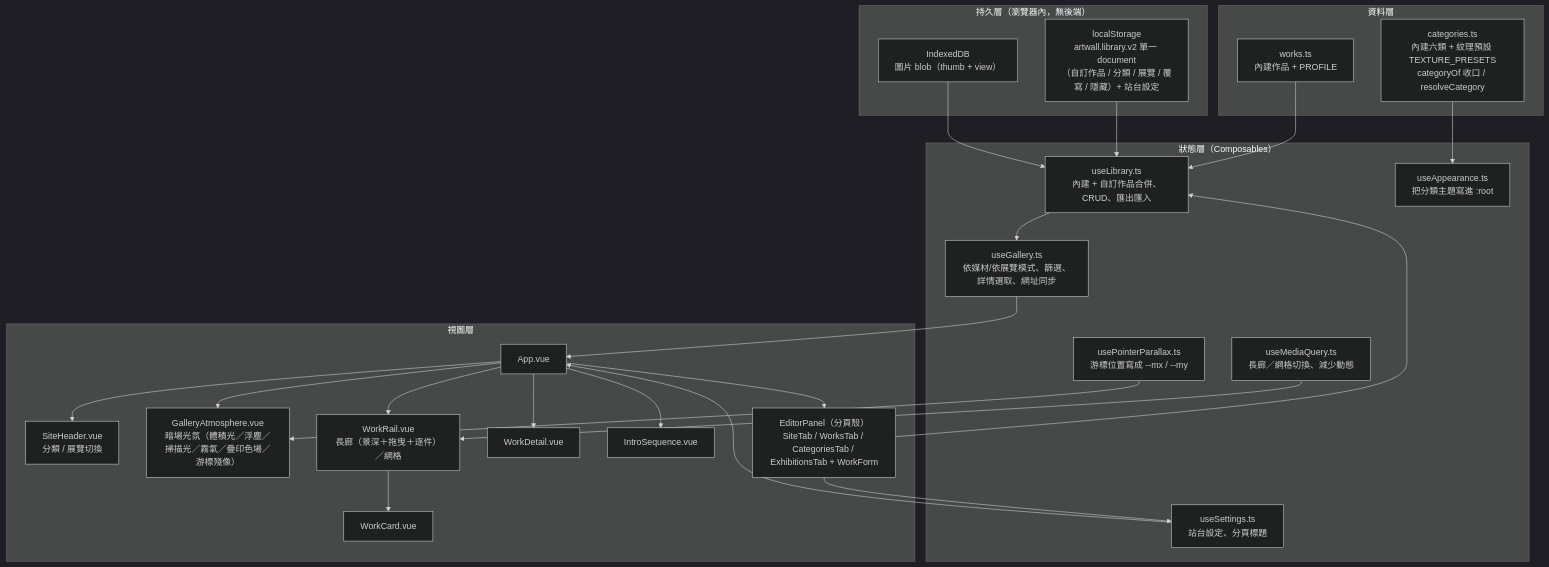
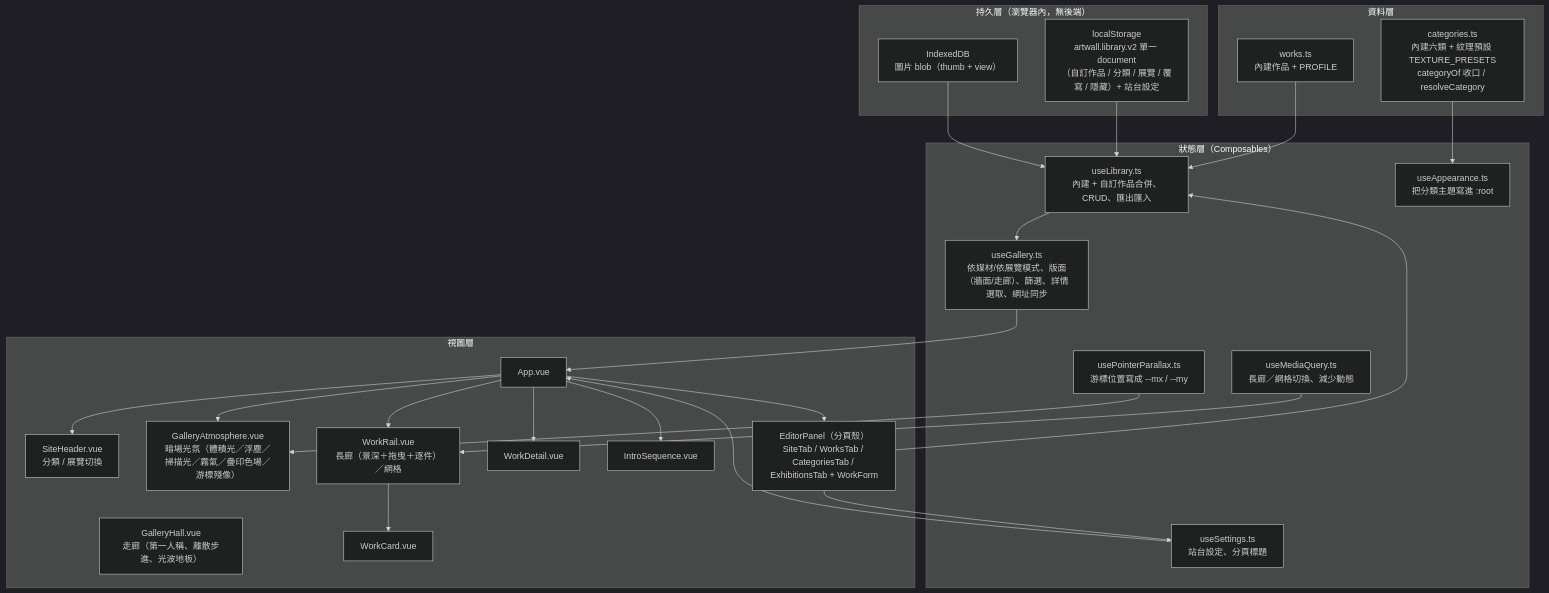
One commit to aliencat0528/art-wall changed the diagram in docs/ARCHITECTURE.md. Above: the diagram before and after it, drawn with Mermaid (dark theme). The commit also changed other lines of this file and 12 other files, not shown here.

First line of the commit message:
feat(wall): 走進展場——第一人稱走廊，暗場、光波地板、離散步進

````diff
--- a/docs/ARCHITECTURE.md
+++ b/docs/ARCHITECTURE.md
@@ -5,51 +5,52 @@
 ```mermaid
 flowchart TD
   subgraph data["資料層"]
     W["works.ts<br/>內建作品 + PROFILE"]
     C["categories.ts<br/>內建六類 + 紋理預設 TEXTURE_PRESETS<br/>categoryOf 收口 / resolveCategory"]
   end
 
   subgraph storage["持久層（瀏覽器內，無後端）"]
     LS["localStorage<br/>artwall.library.v2 單一 document<br/>（自訂作品 / 分類 / 展覽 / 覆寫 / 隱藏）+ 站台設定"]
     IDB["IndexedDB<br/>圖片 blob（thumb + view）"]
   end
 
   subgraph state["狀態層（Composables）"]
     UL["useLibrary.ts<br/>內建 + 自訂作品合併、CRUD、匯出匯入"]
-    UG["useGallery.ts<br/>依媒材/依展覽模式、篩選、詳情選取、網址同步"]
+    UG["useGallery.ts<br/>依媒材/依展覽模式、版面（牆面/走廊）、篩選、詳情選取、網址同步"]
     US["useSettings.ts<br/>站台設定、分頁標題"]
     UA["useAppearance.ts<br/>把分類主題寫進 :root"]
     UM["useMediaQuery.ts<br/>長廊／網格切換、減少動態"]
     UP["usePointerParallax.ts<br/>游標位置寫成 --mx / --my"]
   end
 
   subgraph view["視圖層"]
     APP["App.vue"]
     SH["SiteHeader.vue<br/>分類 / 展覽切換"]
     GA["GalleryAtmosphere.vue<br/>暗場光氛（體積光／浮塵／掃描光／霧氣／疊印色場／游標殘像）"]
     WR["WorkRail.vue<br/>長廊（景深＋拖曳＋逐件）／網格"]
+    GH["GalleryHall.vue<br/>走廊（第一人稱、離散步進、光波地板）"]
     WC["WorkCard.vue"]
     WD["WorkDetail.vue"]
     IS["IntroSequence.vue"]
     EP["EditorPanel（分頁殼）<br/>SiteTab / WorksTab / CategoriesTab / ExhibitionsTab + WorkForm"]
   end
 
   W --> UL
   LS --> UL
   IDB --> UL
   UL --> UG
   C --> UA
   UG --> APP
   US --> APP
   UM --> WR
   UP --> GA
   APP --> GA
   APP --> SH
   APP --> WR
   APP --> WD
   APP --> IS
   APP --> EP
   WR --> WC
   EP --> UL
   EP --> US
 ```
````
